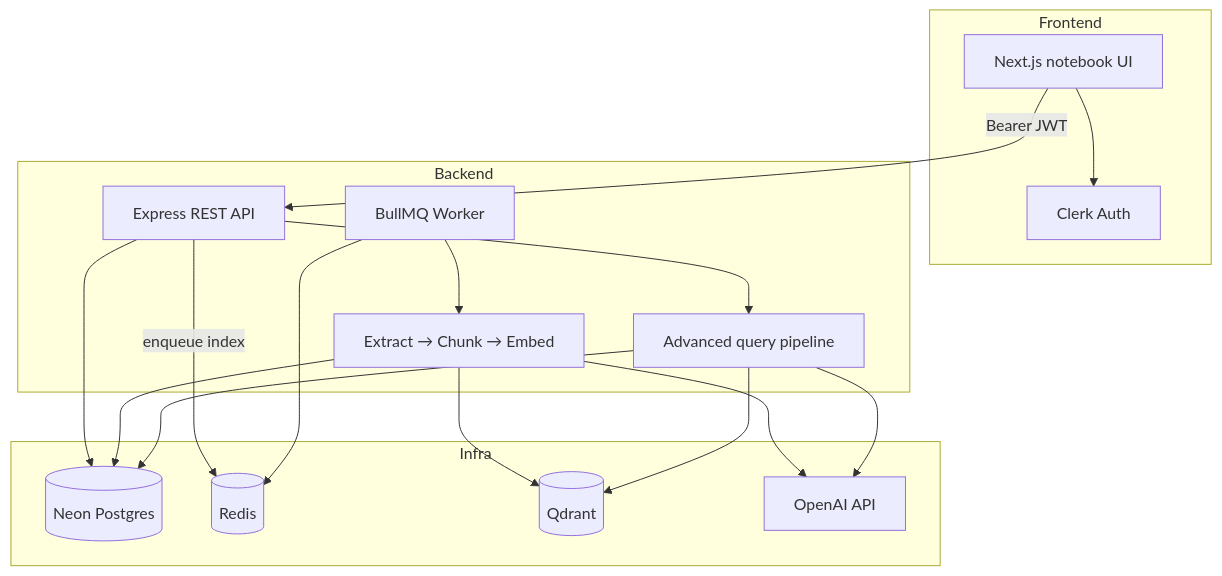
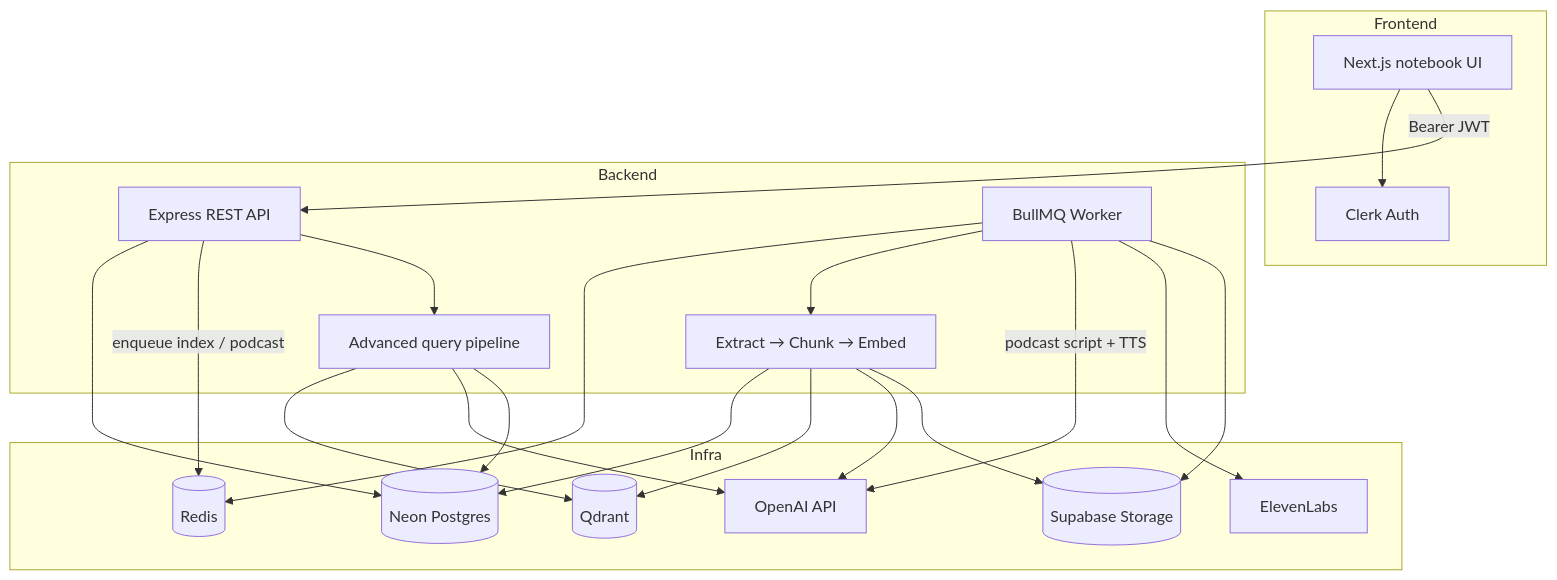
The diagram in README.md (bantiisdas/ThoughtStack), drawn with Mermaid before and after one commit. The commit also changed other lines of this file and 20 other files, not shown here.

````diff
--- a/README.md
+++ b/README.md
@@ -135,35 +139,41 @@
 ```mermaid
 flowchart TB
   subgraph client [Frontend]
     UI[Next.js notebook UI]
     ClerkFE[Clerk Auth]
   end
 
   subgraph api [Backend]
     REST[Express REST API]
     Worker[BullMQ Worker]
     Ingest[Extract → Chunk → Embed]
     QueryPipe[Advanced query pipeline]
   end
 
   subgraph data [Infra]
     Neon[(Neon Postgres)]
     Redis[(Redis)]
     Qdrant[(Qdrant)]
     OpenAI[OpenAI API]
+    ElevenLabs[ElevenLabs]
+    Supabase[(Supabase Storage)]
   end
 
   UI --> ClerkFE
   UI -->|Bearer JWT| REST
   REST --> Neon
-  REST -->|enqueue index| Redis
+  REST -->|enqueue index / podcast| Redis
   Worker --> Redis
   Worker --> Ingest
+  Worker -->|podcast script + TTS| OpenAI
+  Worker --> ElevenLabs
+  Worker --> Supabase
   Ingest --> Neon
   Ingest --> Qdrant
   Ingest --> OpenAI
+  Ingest --> Supabase
   REST --> QueryPipe
   QueryPipe --> Qdrant
   QueryPipe --> OpenAI
   QueryPipe --> Neon
 ```
````
